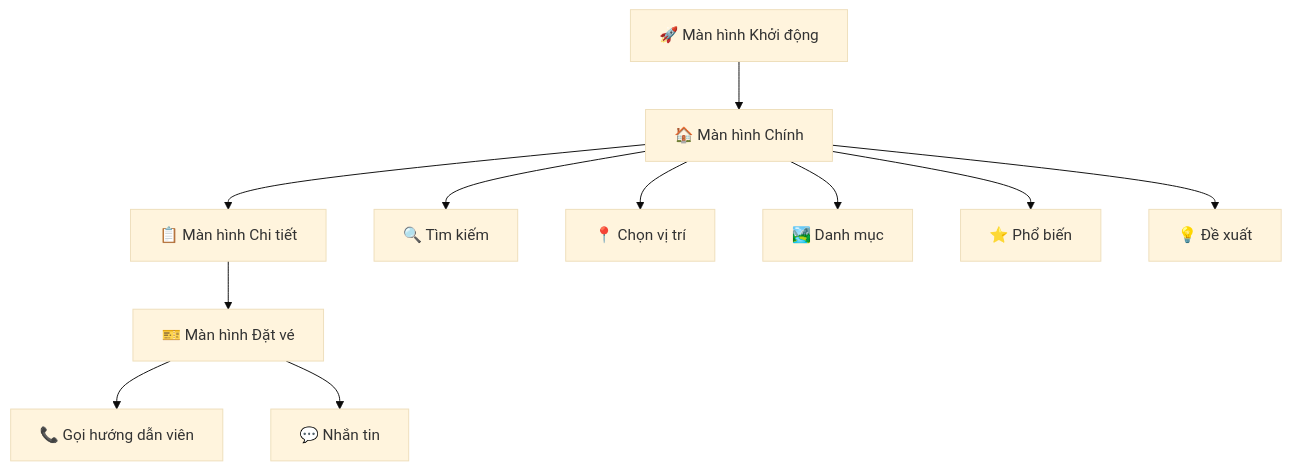
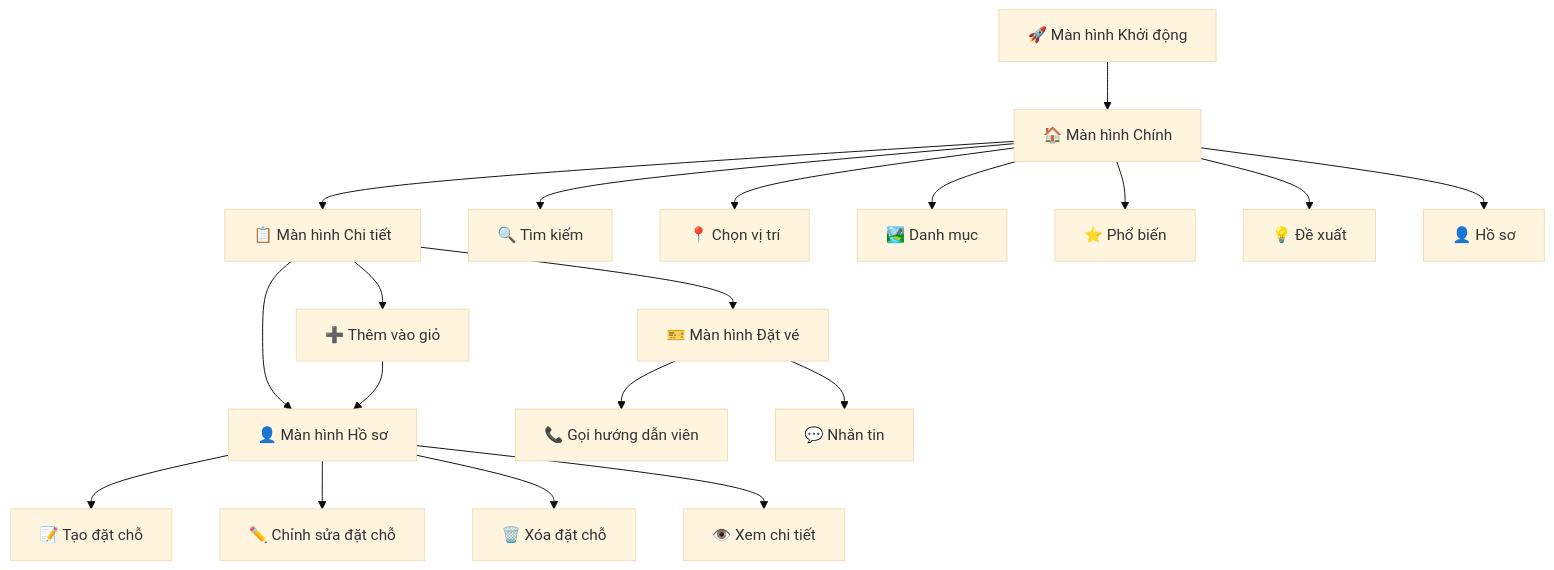
The first of 7 diagrams in README.md (holdennguyen/travel-app-android), drawn with Mermaid (base theme) before and after one commit. The commit also changed other lines of this file and 2 other files, not shown here.

Commit message:
📝 UPDATE: Memory Bank & README.md - Hoàn thiện hệ thống hồ sơ và đặt chỗ\n\n- Cập nhật activeContext.md và progress.md với trạng thái mới nhất\n- README.md tiếng Việt: bổ sung hướng dẫn CRUD, flow đặt chỗ, lưu ý bảo mật Firebase\n- Sẵn sàng trình bày, kiểm thử và phát triển tiếp

````diff
--- a/README.md
+++ b/README.md
@@ -44,15 +44,23 @@
 ```mermaid
 graph TD
     A[🚀 Màn hình Khởi động] --> B[🏠 Màn hình Chính]
     B --> C[📋 Màn hình Chi tiết]
     C --> D[🎫 Màn hình Đặt vé]
+    C --> E[👤 Màn hình Hồ sơ]
     
-    B --> E[🔍 Tìm kiếm]
-    B --> F[📍 Chọn vị trí]
-    B --> G[🏞️ Danh mục]
-    B --> H[⭐ Phổ biến]
-    B --> I[💡 Đề xuất]
+    B --> F[🔍 Tìm kiếm]
+    B --> G[📍 Chọn vị trí]
+    B --> H[🏞️ Danh mục]
+    B --> I[⭐ Phổ biến]
+    B --> J[💡 Đề xuất]
+    B --> K[👤 Hồ sơ]
     
-    D --> J[📞 Gọi hướng dẫn viên]
-    D --> K[💬 Nhắn tin]
+    D --> L[📞 Gọi hướng dẫn viên]
+    D --> M[💬 Nhắn tin]
+    
+    C --> N["➕ Thêm vào giỏ"] --> E
+    E --> O[📝 Tạo đặt chỗ]
+    E --> P[✏️ Chỉnh sửa đặt chỗ]
+    E --> Q[🗑️ Xóa đặt chỗ]
+    E --> R[👁️ Xem chi tiết]
 ```
````
